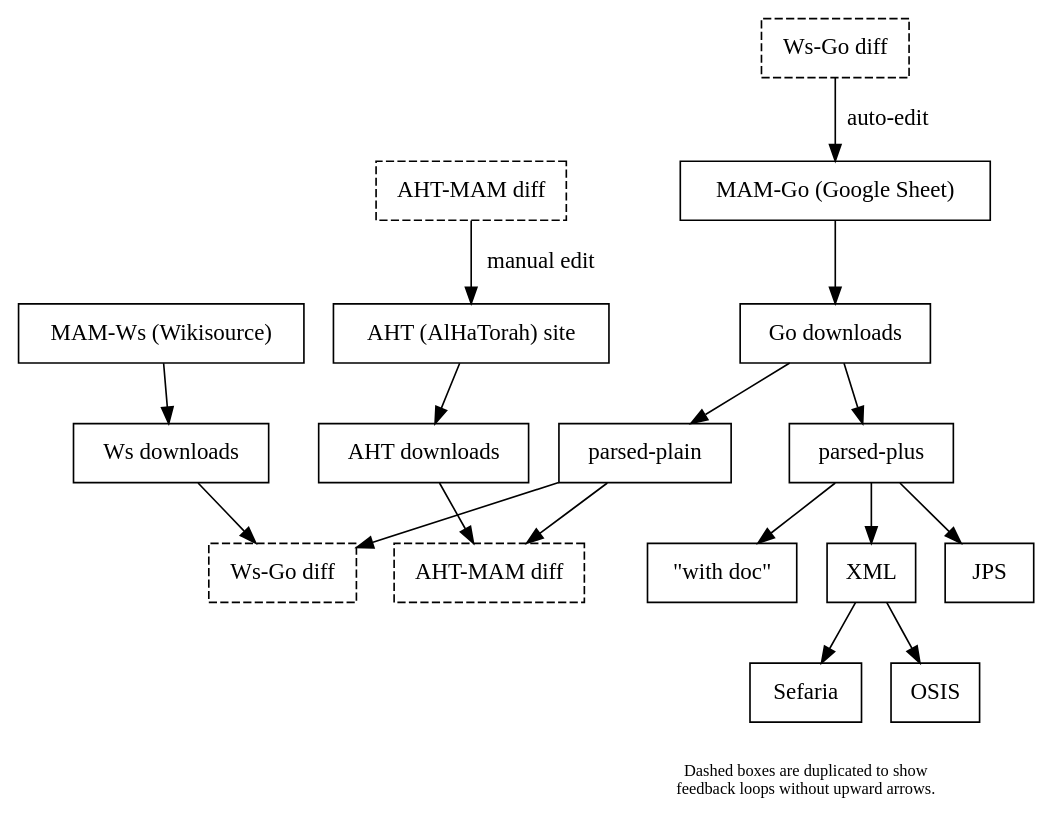
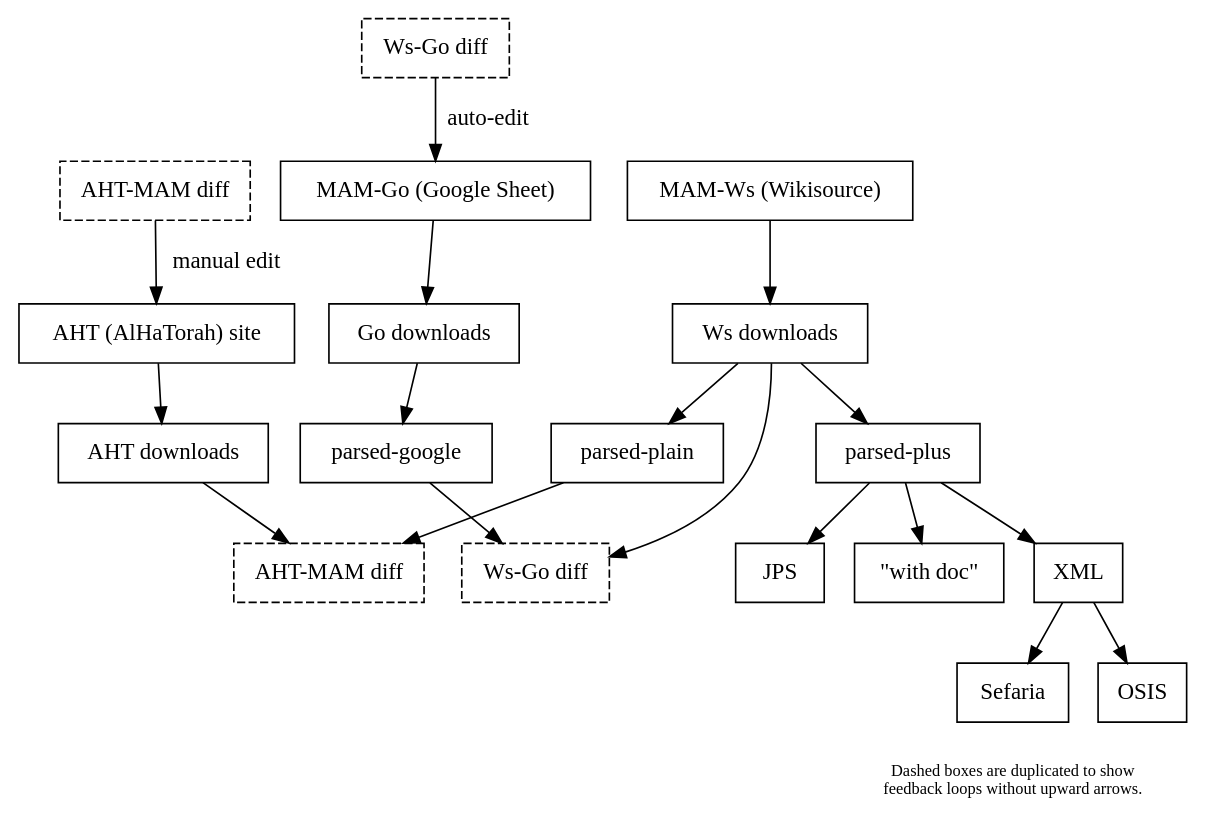
Before and after one commit to bdenckla/MAM-basics: the diagram in doc/process-documentation/MAM-process.dot, drawn with Graphviz. The commit also changed 40 other files, not shown here.

```diff
--- a/doc/process-documentation/MAM-process.dot
+++ b/doc/process-documentation/MAM-process.dot
@@ -1,72 +1,75 @@
 digraph "MAM process" {
     rankdir=TB
     node [shape=box]
 
     // Sources
     AHT_site        [label="AHT (AlHaTorah) site"]
     MAM_Go          [label="MAM-Go (Google Sheet)"]
     MAM_Ws          [label="MAM-Ws (Wikisource)"]
 
     // Downloads
     AHT_downloads   [label="AHT downloads"]
     Go_downloads    [label="Go downloads"]
     Ws_downloads    [label="Ws downloads"]
 
     // Parsed
+    parsed_google   [label="parsed-google"]
     parsed_plain    [label="parsed-plain"]
     parsed_plus     [label="parsed-plus"]
-    {rank=same parsed_plain parsed_plus}
+    {rank=same parsed_google parsed_plain parsed_plus}
+    parsed_google -> parsed_plain [style=invis]
     parsed_plain -> parsed_plus [style=invis]
 
     // Diffs (dashed = pure sinks, broken from feedback loops)
     AHT_MAM_diff    [label="AHT-MAM diff" style=dashed]
     Ws_Go_diff      [label="Ws-Go diff" style=dashed]
 
     // Output formats
     XML             [label="XML"]
     JPS             [label="JPS"]
     with_doc        [label="\"with doc\""]
 
 
     // XML sub-formats
     Sefaria         [label="Sefaria"]
 
     OSIS            [label="OSIS"]
 
     // Source -> Download
     AHT_site -> AHT_downloads
     MAM_Go -> Go_downloads
     MAM_Ws -> Ws_downloads
 
     // Download -> Parsed
-    Go_downloads -> parsed_plain
-    Go_downloads -> parsed_plus
+    Go_downloads -> parsed_google
+    Ws_downloads -> parsed_plain
+    Ws_downloads -> parsed_plus
 
     // Parsed -> Diffs
     parsed_plain -> AHT_MAM_diff
-    parsed_plain -> Ws_Go_diff
+    parsed_google -> Ws_Go_diff
     AHT_downloads -> AHT_MAM_diff
     Ws_downloads -> Ws_Go_diff
 
     // Broken feedback loops (dashed source nodes)
     AHT_MAM_diff_source [label="AHT-MAM diff" style=dashed]
     Ws_Go_diff_source   [label="Ws-Go diff" style=dashed]
 
     AHT_MAM_diff_source -> AHT_site [label="manual edit"]
     Ws_Go_diff_source -> MAM_Go    [label="auto-edit"]
 
     // parsed-plus -> Output formats
     parsed_plus -> XML
     parsed_plus -> JPS
     parsed_plus -> with_doc
 
 
     // XML -> Sub-formats
     XML -> Sefaria
 
     XML -> OSIS
 
     // Caption
     caption [label="Dashed boxes are duplicated to show\nfeedback loops without upward arrows." shape=plaintext fontsize=10]
     {rank=sink caption}
 }
```
